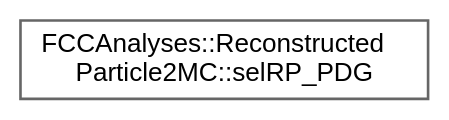
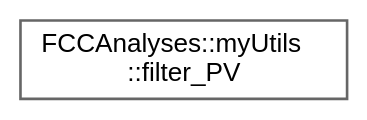
One commit to HEP-FCC/FCCAnalyses changed the diagram in doc/latest/inherit_graph_61.dot. Above: the diagram before and after it, drawn with Graphviz. The commit also changed 173 other files, not shown here.

```diff
--- a/doc/latest/inherit_graph_61.dot
+++ b/doc/latest/inherit_graph_61.dot
@@ -1,9 +1,9 @@
 digraph "Graphical Class Hierarchy"
 {
  // LATEX_PDF_SIZE
   bgcolor="transparent";
   edge [fontname=Helvetica,fontsize=10,labelfontname=Helvetica,labelfontsize=10];
   node [fontname=Helvetica,fontsize=10,shape=box,height=0.2,width=0.4];
   rankdir="LR";
-  Node0 [id="Node000000",label="FCCAnalyses::Reconstructed\lParticle2MC::selRP_PDG",height=0.2,width=0.4,color="grey40", fillcolor="white", style="filled",URL="$structFCCAnalyses_1_1ReconstructedParticle2MC_1_1selRP__PDG.html",tooltip="select ReconstructedParticles matched with a MC particle of a given PDG_id"];
+  Node0 [id="Node000000",label="FCCAnalyses::myUtils\l::filter_PV",height=0.2,width=0.4,color="grey40", fillcolor="white", style="filled",URL="$structFCCAnalyses_1_1myUtils_1_1filter__PV.html",tooltip=" "];
 }
```
